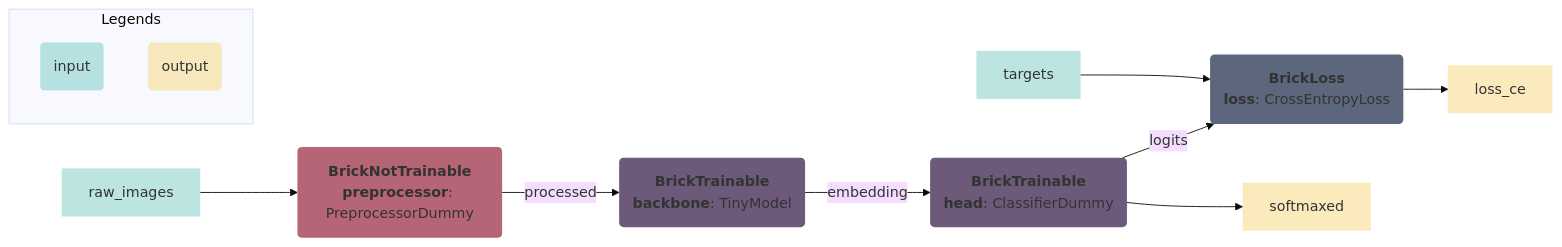
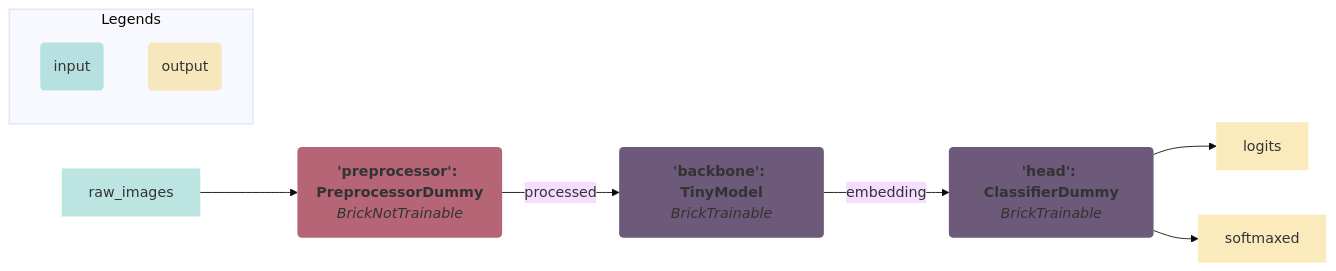
One commit to pete-machine/torchbricks changed the third of 4 diagrams in README.md. Above: the diagram before and after it, drawn with Mermaid (base theme). The commit also changed other lines of this file and 7 other files, not shown here.

````diff
--- a/README.md
+++ b/README.md
@@ -278,33 +280,29 @@
 ```mermaid
 flowchart LR
     %% Brick definitions
-    preprocessor("<strong>BrickNotTrainable</strong><br><strong>preprocessor</strong>: PreprocessorDummy"):::BrickNotTrainable
-    backbone("<strong>BrickTrainable</strong><br><strong>backbone</strong>: TinyModel"):::BrickTrainable
-    head("<strong>BrickTrainable</strong><br><strong>head</strong>: ClassifierDummy"):::BrickTrainable
-    loss("<strong>BrickLoss</strong><br><strong>loss</strong>: CrossEntropyLoss"):::BrickLoss
+    preprocessor(<strong>'preprocessor': PreprocessorDummy</strong><br><i>BrickNotTrainable</i>):::BrickNotTrainable
+    backbone(<strong>'backbone': TinyModel</strong><br><i>BrickTrainable</i>):::BrickTrainable
+    head(<strong>'head': ClassifierDummy</strong><br><i>BrickTrainable</i>):::BrickTrainable
     
     %% Draw input and outputs
     raw_images:::input --> preprocessor
-    targets:::input --> loss
     
     %% Draw nodes and edges
     preprocessor --> |processed| backbone
     backbone --> |embedding| head
-    head --> |logits| loss
+    head --> logits:::output
     head --> softmaxed:::output
-    loss --> loss_ce:::output
     
     %% Add styling
     classDef arrow stroke-width:0px,fill-opacity:0.0 
     classDef input stroke-width:0px,fill-opacity:0.3,fill:#22A699 
     classDef output stroke-width:0px,fill-opacity:0.3,fill:#F2BE22 
     classDef BrickNotTrainable stroke-width:0px,fill:#B56576 
     classDef BrickTrainable stroke-width:0px,fill:#6D597A 
-    classDef BrickLoss stroke-width:0px,fill:#5C677D 
     
     %% Add legends
     subgraph Legends
         input(input):::input
         output(output):::output
     end
 ```
````
